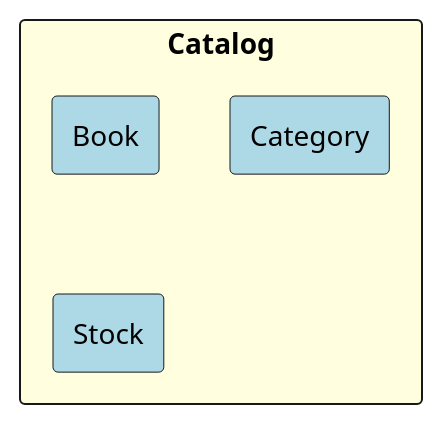
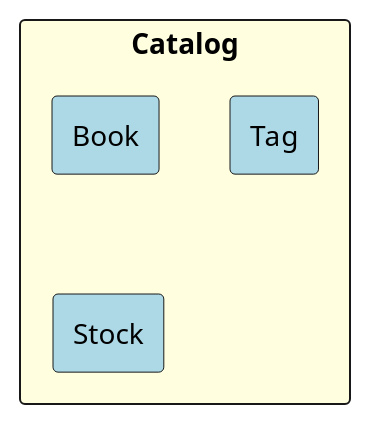
One commit to mikelgoig/php-microservice-example changed the diagram in docs/architecture/bounded-context-diagrams/catalog_context.puml. Above: the diagram before and after it, drawn with PlantUML. The commit also changed 6 other files, not shown here.

Commit message:
docs: replace 'Category' with 'Tag' in catalog context docs

```diff
--- a/docs/architecture/bounded-context-diagrams/catalog_context.puml
+++ b/docs/architecture/bounded-context-diagrams/catalog_context.puml
@@ -1,7 +1,7 @@
 @startuml catalog_context
 rectangle Catalog #lightyellow {
     rectangle Book #lightblue
-    rectangle Category #lightblue
+    rectangle Tag #lightblue
     rectangle Stock #lightblue
 }
 @enduml
```
